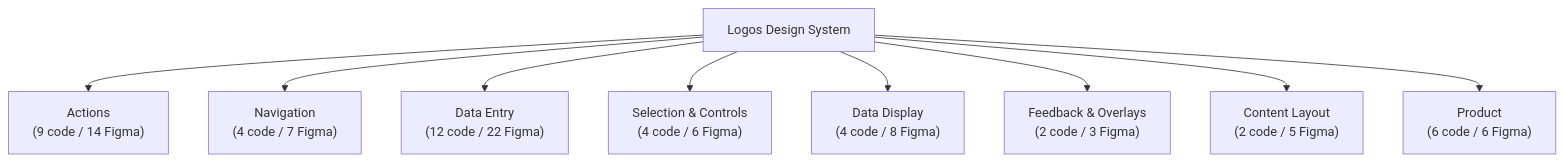
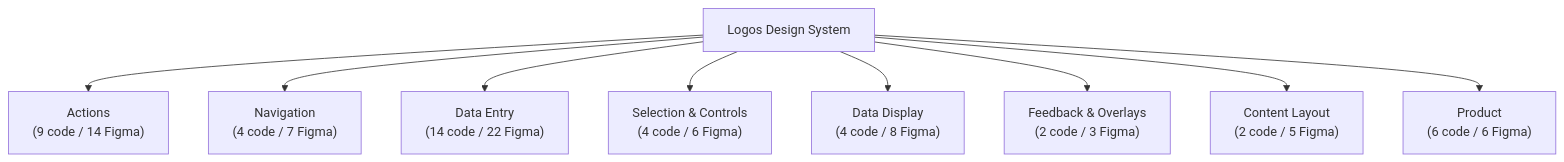
One commit to calebn/design-system-theme-evolution changed the second of 2 diagrams in inventory/docs/08-taxonomy.md. Above: the diagram before and after it, drawn with Mermaid. The commit also changed other lines of this file and 10 other files, not shown here.

````diff
--- a/inventory/docs/08-taxonomy.md
+++ b/inventory/docs/08-taxonomy.md
@@ -72,12 +74,12 @@
 ```mermaid
 graph TD
   DesignSystem["Logos Design System"]
   DesignSystem --> actions["Actions\n(9 code / 14 Figma)"]
   DesignSystem --> navigation["Navigation\n(4 code / 7 Figma)"]
-  DesignSystem --> data_entry["Data Entry\n(12 code / 22 Figma)"]
+  DesignSystem --> data_entry["Data Entry\n(14 code / 22 Figma)"]
   DesignSystem --> selection["Selection & Controls\n(4 code / 6 Figma)"]
   DesignSystem --> data_display["Data Display\n(4 code / 8 Figma)"]
   DesignSystem --> feedback["Feedback & Overlays\n(2 code / 3 Figma)"]
   DesignSystem --> content_layout["Content Layout\n(2 code / 5 Figma)"]
   DesignSystem --> product["Product\n(6 code / 6 Figma)"]
 ```
````
